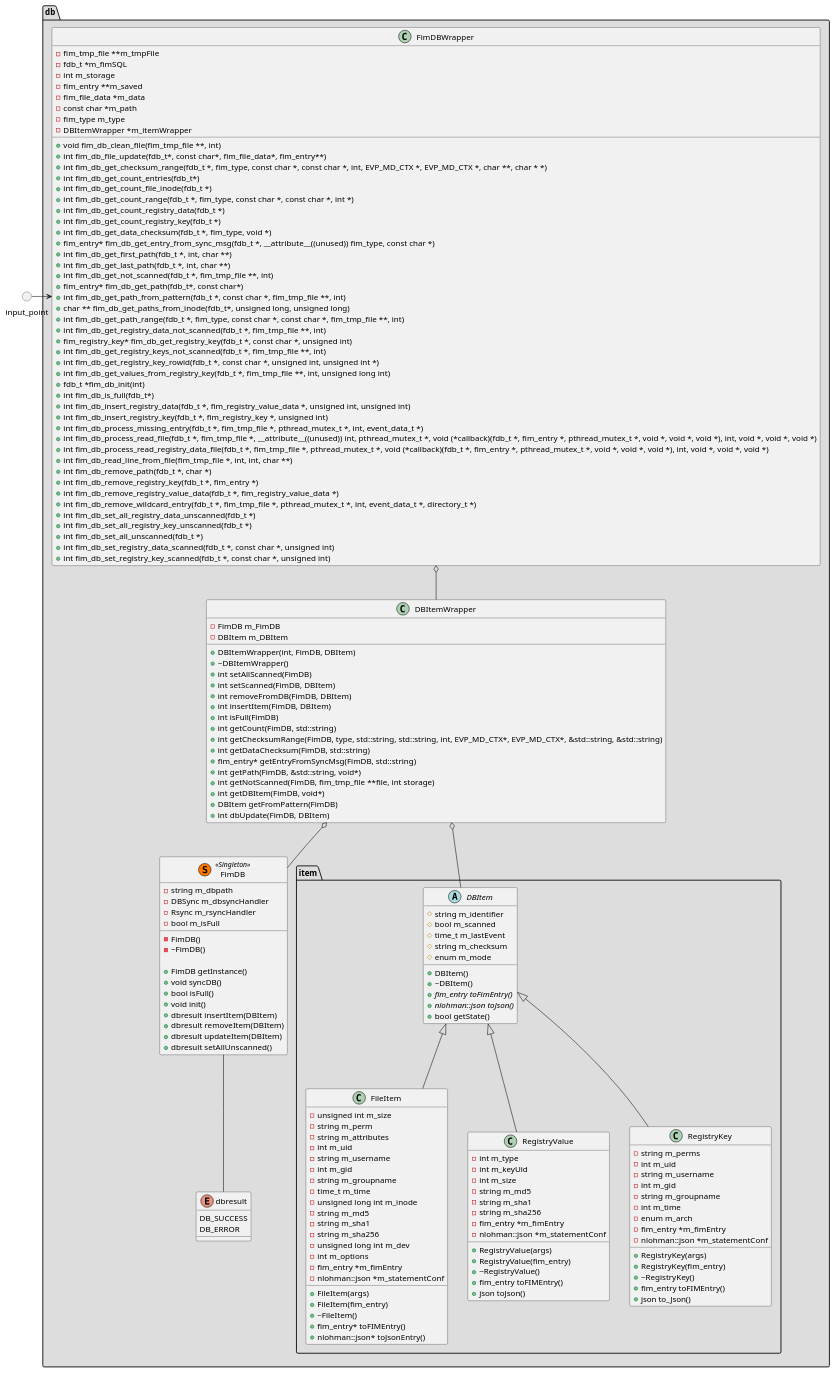
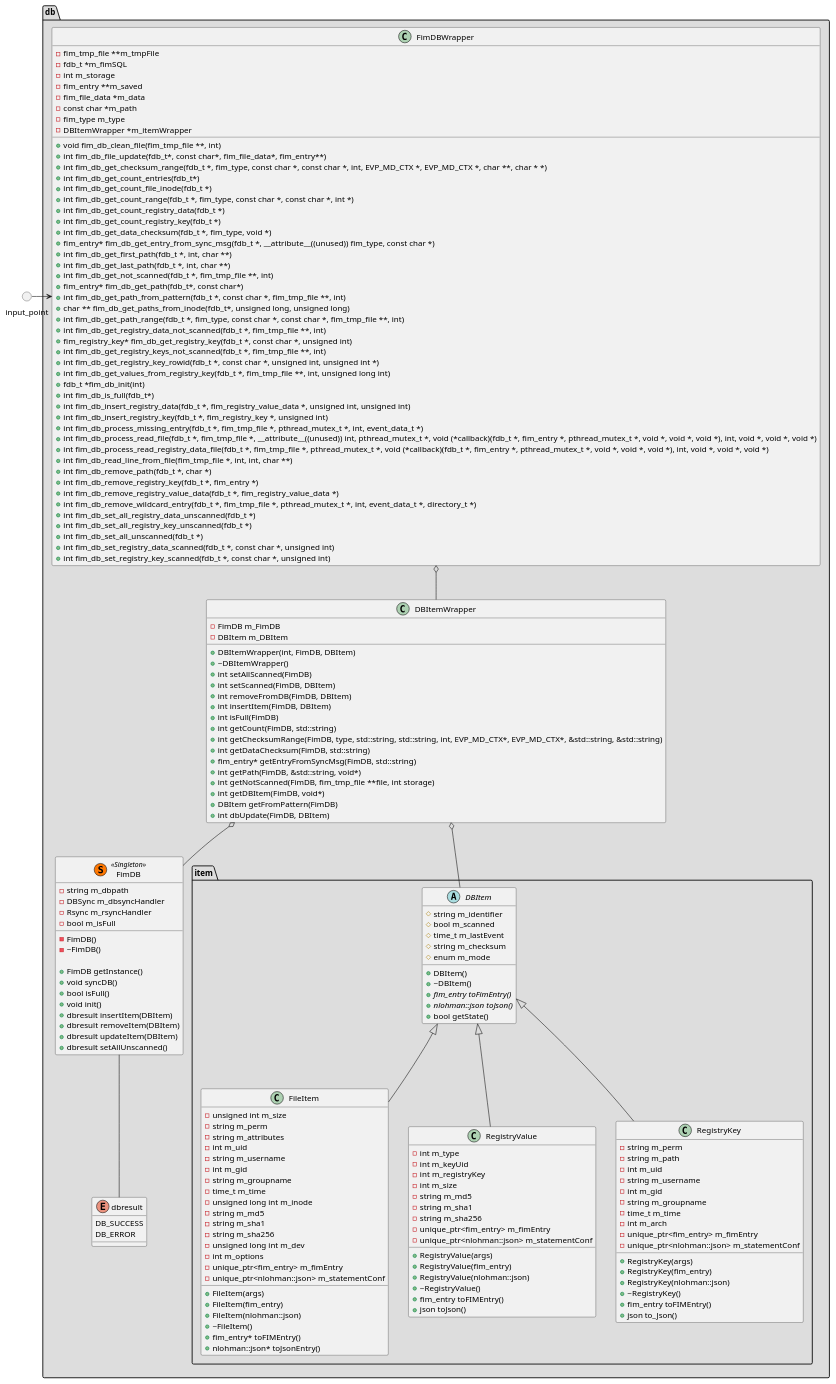
The diagram in architecture/FIM/db/class.puml (wazuh/wazuh-agent), drawn with PlantUML before and after one commit.

Commit message:
Update class diagram

```diff
--- a/architecture/FIM/db/class.puml
+++ b/architecture/FIM/db/class.puml
@@ -1,179 +1,184 @@
 @startuml db_class
 package "db" <<Folder>> #DDDDDD{
     enum "dbresult" {
         DB_SUCCESS
         DB_ERROR
     }
     package "item" <<Folder>> {
         abstract DBItem {
             # string m_identifier
             # bool m_scanned
             # time_t m_lastEvent
             # string m_checksum
             # enum m_mode
 
             + DBItem()
             + ~DBItem()
             + {abstract} fim_entry toFimEntry()
             + {abstract} nlohman::json toJson()
             + bool getState()
         }
 
         class FileItem {
             - unsigned int m_size
             - string m_perm
             - string m_attributes
             - int m_uid
             - string m_username
             - int m_gid
             - string m_groupname
             - time_t m_time
             - unsigned long int m_inode
             - string m_md5
             - string m_sha1
             - string m_sha256
             - unsigned long int m_dev
             - int m_options
-            - fim_entry *m_fimEntry
-            - nlohman::json *m_statementConf
+            - unique_ptr<fim_entry> m_fimEntry
+            - unique_ptr<nlohman::json> m_statementConf
 
             + FileItem(args)
             + FileItem(fim_entry)
+            + FileItem(nlohman::json)
             + ~FileItem()
             + fim_entry* toFIMEntry()
             + nlohman::json* toJsonEntry()
         }
         class "RegistryValue" {
             - int m_type
             - int m_keyUid
+            - int m_registryKey
             - int m_size
             - string m_md5
             - string m_sha1
             - string m_sha256
-            - fim_entry *m_fimEntry
-            - nlohman::json *m_statementConf
+            - unique_ptr<fim_entry> m_fimEntry
+            - unique_ptr<nlohman::json> m_statementConf
 
             + RegistryValue(args)
             + RegistryValue(fim_entry)
+            + RegistryValue(nlohman::json)
             + ~RegistryValue()
             + fim_entry toFIMEntry()
             + json toJson()
         }
         class "RegistryKey" {
-            - string m_perms
+            - string m_perm
+            - string m_path
             - int m_uid
             - string m_username
             - int m_gid
             - string m_groupname
-            - int m_time
-            - enum m_arch
-            - fim_entry *m_fimEntry
-            - nlohman::json *m_statementConf
+            - time_t m_time
+            - int m_arch
+            - unique_ptr<fim_entry> m_fimEntry
+            - unique_ptr<nlohman::json> m_statementConf
 
             + RegistryKey(args)
             + RegistryKey(fim_entry)
+            + RegistryKey(nlohman::json)
             + ~RegistryKey()
             + fim_entry toFIMEntry()
             + json to_Json()
         }
     }
     class "FimDB"  <<(S,#FF7700) Singleton>> {
         - string m_dbpath
         - DBSync m_dbsyncHandler
         - Rsync m_rsyncHandler
         - bool m_isFull
         - FimDB()
         - ~FimDB()
 
         + FimDB getInstance()
         + void syncDB()
         + bool isFull()
         + void init()
         + dbresult insertItem(DBItem)
         + dbresult removeItem(DBItem)
         + dbresult updateItem(DBItem)
         + dbresult setAllUnscanned()
     }
     class FimDBWrapper {
         - fim_tmp_file **m_tmpFile
         - fdb_t *m_fimSQL
         - int m_storage
         - fim_entry **m_saved
         - fim_file_data *m_data
         - const char *m_path
         - fim_type m_type
         - DBItemWrapper *m_itemWrapper
 
         + void fim_db_clean_file(fim_tmp_file **, int)
         + int fim_db_file_update(fdb_t*, const char*, fim_file_data*, fim_entry**)
         + int fim_db_get_checksum_range(fdb_t *, fim_type, const char *, const char *, int, EVP_MD_CTX *, EVP_MD_CTX *, char **, char * *)
         + int fim_db_get_count_entries(fdb_t*)
         + int fim_db_get_count_file_inode(fdb_t *)
         + int fim_db_get_count_range(fdb_t *, fim_type, const char *, const char *, int *)
         + int fim_db_get_count_registry_data(fdb_t *)
         + int fim_db_get_count_registry_key(fdb_t *)
         + int fim_db_get_data_checksum(fdb_t *, fim_type, void *)
         + fim_entry* fim_db_get_entry_from_sync_msg(fdb_t *, __attribute__((unused)) fim_type, const char *)
         + int fim_db_get_first_path(fdb_t *, int, char **)
         + int fim_db_get_last_path(fdb_t *, int, char **)
         + int fim_db_get_not_scanned(fdb_t *, fim_tmp_file **, int)
         + fim_entry* fim_db_get_path(fdb_t*, const char*)
         + int fim_db_get_path_from_pattern(fdb_t *, const char *, fim_tmp_file **, int)
         + char ** fim_db_get_paths_from_inode(fdb_t*, unsigned long, unsigned long)
         + int fim_db_get_path_range(fdb_t *, fim_type, const char *, const char *, fim_tmp_file **, int)
         + int fim_db_get_registry_data_not_scanned(fdb_t *, fim_tmp_file **, int)
         + fim_registry_key* fim_db_get_registry_key(fdb_t *, const char *, unsigned int)
         + int fim_db_get_registry_keys_not_scanned(fdb_t *, fim_tmp_file **, int)
         + int fim_db_get_registry_key_rowid(fdb_t *, const char *, unsigned int, unsigned int *)
         + int fim_db_get_values_from_registry_key(fdb_t *, fim_tmp_file **, int, unsigned long int)
         + fdb_t *fim_db_init(int)
         + int fim_db_is_full(fdb_t*)
         + int fim_db_insert_registry_data(fdb_t *, fim_registry_value_data *, unsigned int, unsigned int)
         + int fim_db_insert_registry_key(fdb_t *, fim_registry_key *, unsigned int)
         + int fim_db_process_missing_entry(fdb_t *, fim_tmp_file *, pthread_mutex_t *, int, event_data_t *)
         + int fim_db_process_read_file(fdb_t *, fim_tmp_file *, __attribute__((unused)) int, pthread_mutex_t *, void (*callback)(fdb_t *, fim_entry *, pthread_mutex_t *, void *, void *, void *), int, void *, void *, void *)
         + int fim_db_process_read_registry_data_file(fdb_t *, fim_tmp_file *, pthread_mutex_t *, void (*callback)(fdb_t *, fim_entry *, pthread_mutex_t *, void *, void *, void *), int, void *, void *, void *)
         + int fim_db_read_line_from_file(fim_tmp_file *, int, int, char **)
         + int fim_db_remove_path(fdb_t *, char *)
         + int fim_db_remove_registry_key(fdb_t *, fim_entry *)
         + int fim_db_remove_registry_value_data(fdb_t *, fim_registry_value_data *)
         + int fim_db_remove_wildcard_entry(fdb_t *, fim_tmp_file *, pthread_mutex_t *, int, event_data_t *, directory_t *)
         + int fim_db_set_all_registry_data_unscanned(fdb_t *)
         + int fim_db_set_all_registry_key_unscanned(fdb_t *)
         + int fim_db_set_all_unscanned(fdb_t *)
         + int fim_db_set_registry_data_scanned(fdb_t *, const char *, unsigned int)
         + int fim_db_set_registry_key_scanned(fdb_t *, const char *, unsigned int)
     }
     class DBItemWrapper {
         - FimDB m_FimDB
         - DBItem m_DBItem
 
         + DBItemWrapper(int, FimDB, DBItem)
         + ~DBItemWrapper()
         + int setAllScanned(FimDB)
         + int setScanned(FimDB, DBItem)
         + int removeFromDB(FimDB, DBItem)
         + int insertItem(FimDB, DBItem)
         + int isFull(FimDB)
         + int getCount(FimDB, std::string)
         + int getChecksumRange(FimDB, type, std::string, std::string, int, EVP_MD_CTX*, EVP_MD_CTX*, &std::string, &std::string)
         + int getDataChecksum(FimDB, std::string)
         + fim_entry* getEntryFromSyncMsg(FimDB, std::string)
         + int getPath(FimDB, &std::string, void*)
         + int getNotScanned(FimDB, fim_tmp_file **file, int storage)
         + int getDBItem(FimDB, void*)
         + DBItem getFromPattern(FimDB)
         + int dbUpdate(FimDB, DBItem)
     }
 }
 circle input_point
 
 DBItem <|-- FileItem
 DBItem <|-- RegistryValue
 DBItem <|-- RegistryKey
 FimDBWrapper  o-- DBItemWrapper
 DBItemWrapper  o-- DBItem
 DBItemWrapper  o-- FimDB
 FimDB -- dbresult
 input_point => FimDBWrapper
 @enduml
```
